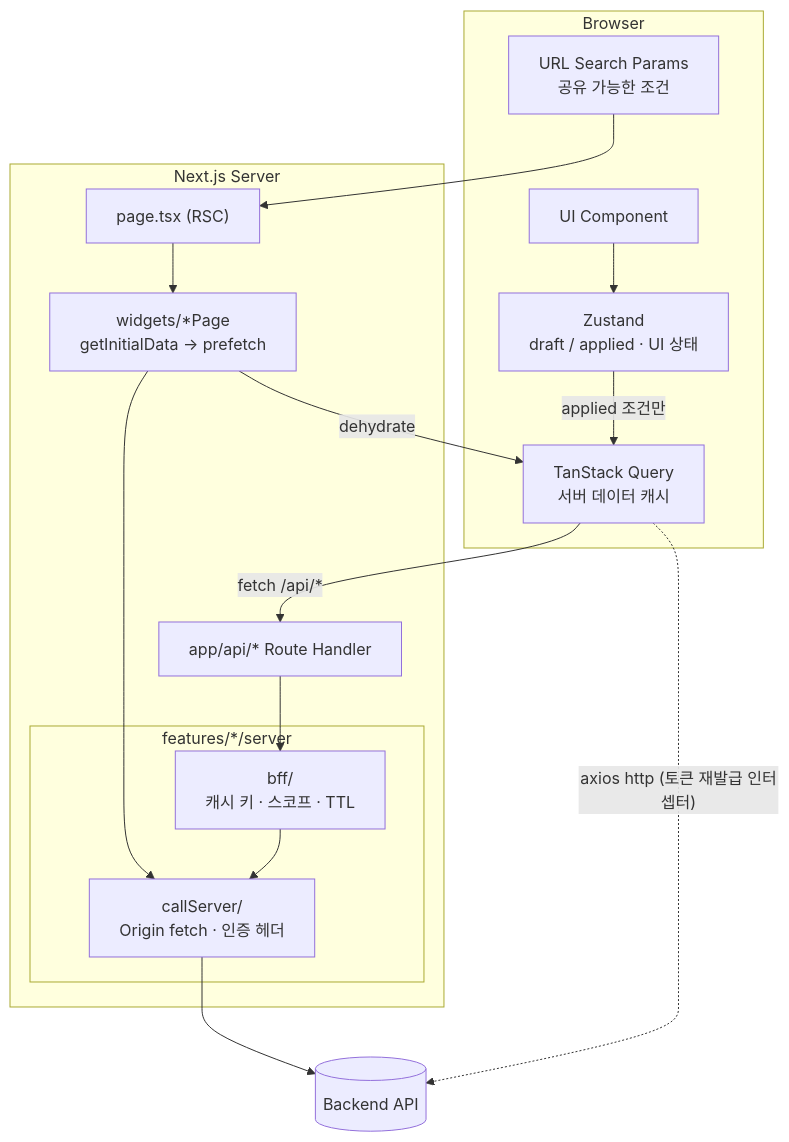
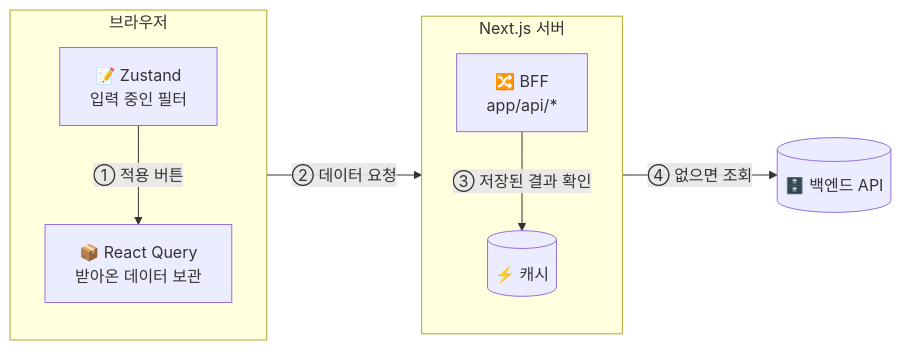
One commit to kyungchan3007/PinHouse_FE changed the second of 9 diagrams in README.md. Above: the diagram before and after it, drawn with Mermaid. The commit also changed other lines of this file, not shown here.

First line of the commit message:
2026-09-14 docs: README 시스템 구조·데이터 요청 흐름 다이어그램 단순화

````diff
--- a/README.md
+++ b/README.md
@@ -131,29 +132,21 @@
 ```mermaid
-flowchart TB
-    subgraph Browser
-        UI["UI Component"]
-        Z["Zustand<br/>draft / applied · UI 상태"]
-        Q["TanStack Query<br/>서버 데이터 캐시"]
-        URL["URL Search Params<br/>공유 가능한 조건"]
+flowchart LR
+    subgraph B["브라우저"]
+        direction TB
+        STORE["📝 Zustand<br/>입력 중인 필터"]
+        QUERY["📦 React Query<br/>받아온 데이터 보관"]
     end
 
-    subgraph NextServer["Next.js Server"]
-        Page["page.tsx (RSC)"]
-        Widget["widgets/*Page<br/>getInitialData → prefetch"]
-        Route["app/api/* Route Handler"]
-        subgraph FeatureServer["features/*/server"]
-            Bff["bff/<br/>캐시 키 · 스코프 · TTL"]
-            Call["callServer/<br/>Origin fetch · 인증 헤더"]
-        end
+    subgraph S["Next.js 서버"]
+        direction TB
+        BFF["🔀 BFF<br/>app/api/*"]
+        CACHE[("⚡ 캐시")]
     end
 
-    Origin[("Backend API")]
+    API[("🗄️ 백엔드 API")]
 
-    UI --> Z
-    Z -->|applied 조건만| Q
-    URL --> Page
-    Page --> Widget --> Call
-    Q -->|fetch /api/*| Route --> Bff --> Call --> Origin
-    Q -.->|"axios http (토큰 재발급 인터셉터)"| Origin
-    Widget -->|dehydrate| Q
+    STORE -->|① 적용 버튼| QUERY
+    QUERY -->|② 데이터 요청| BFF
+    BFF -->|③ 저장된 결과 확인| CACHE
+    BFF -->|④ 없으면 조회| API
 ```
````
